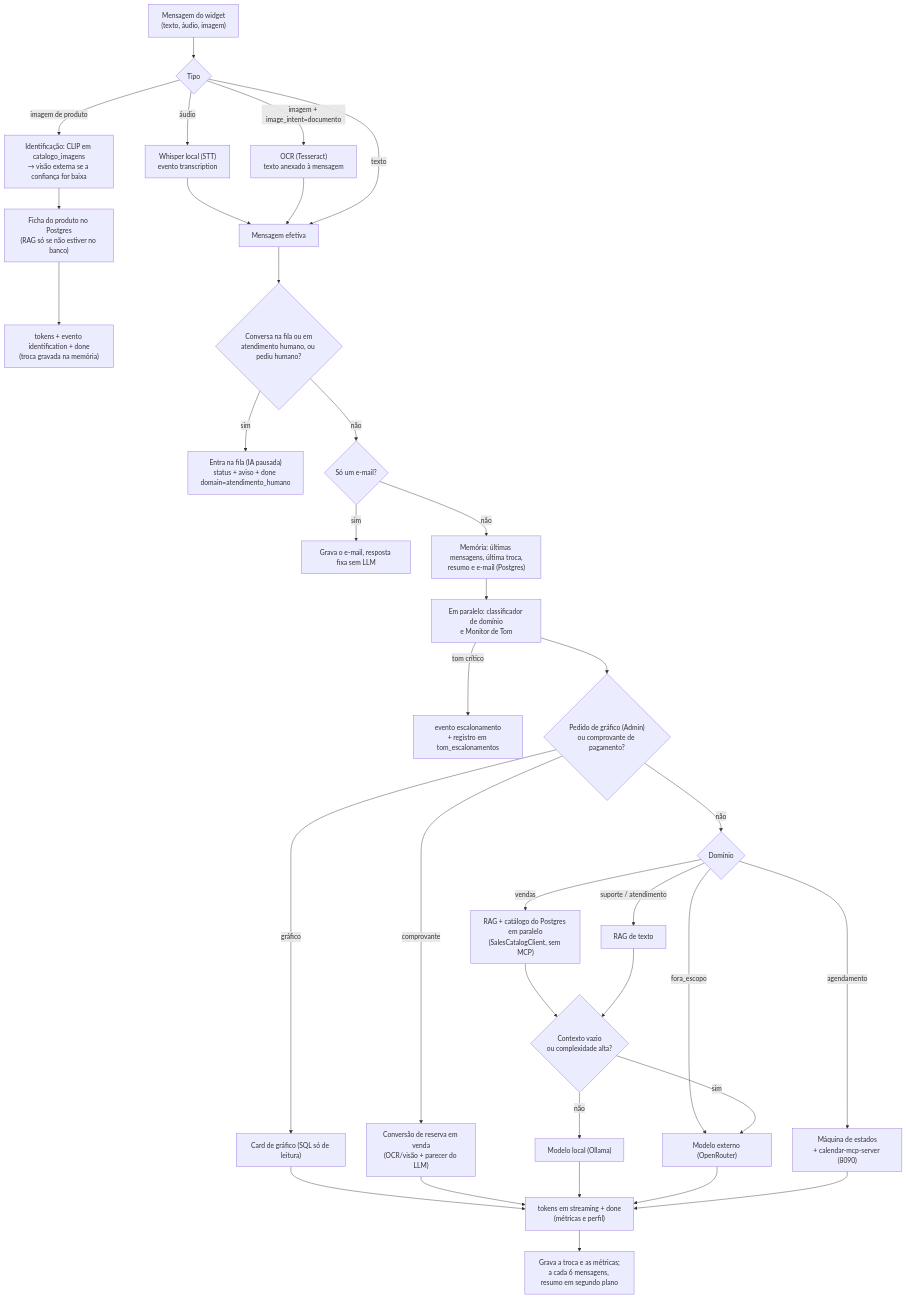
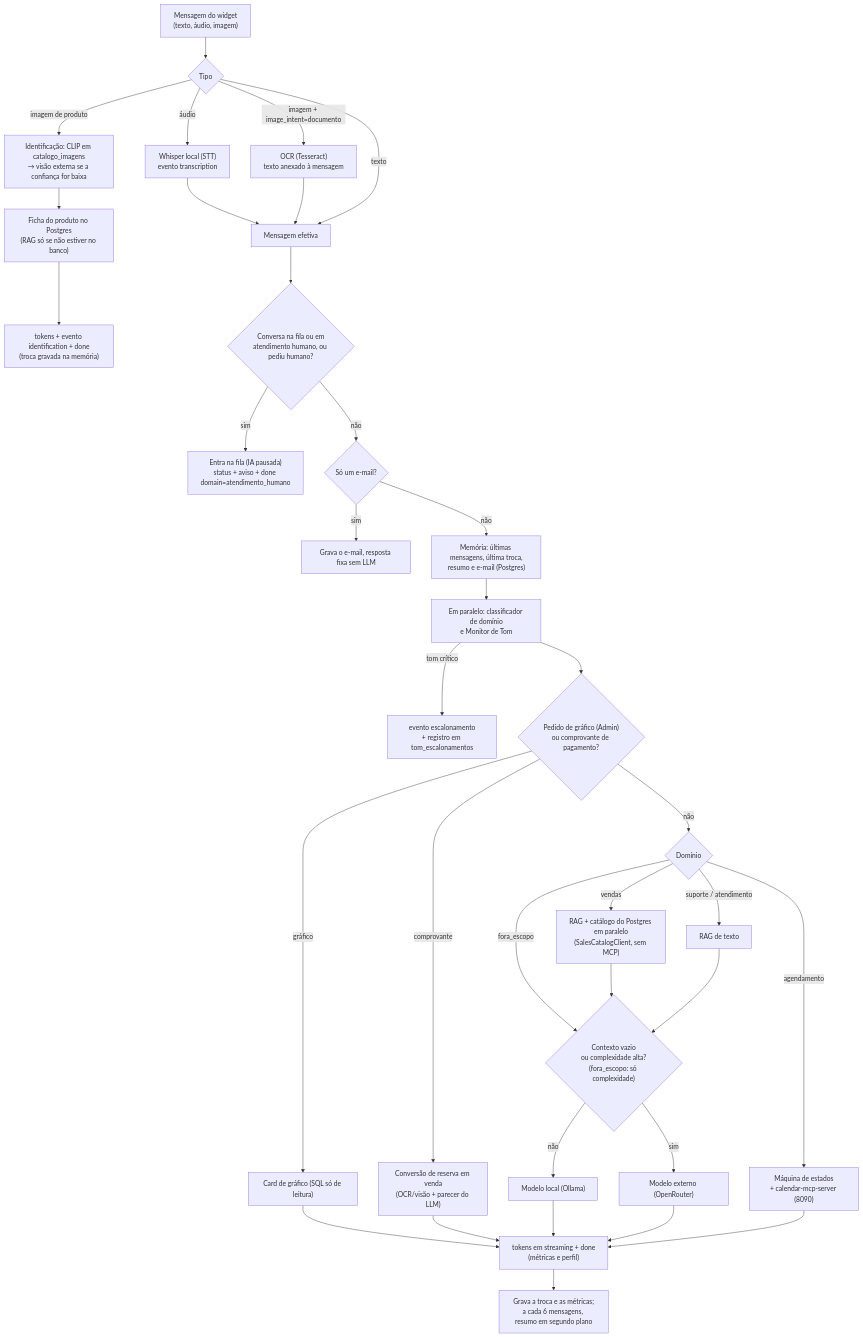
One commit to augustoglauco/TCC changed the diagram in docs/ARCHITECTURE.md. Above: the diagram before and after it, drawn with Mermaid. The commit also changed other lines of this file and 4 other files, not shown here.

First line of the commit message:
docs(roteador): alinha ARCHITECTURE, manual de prompts e comentários ao código (sem fallback local→externo, playbook de fora_escopo, regra da quantidade, contrato do Jev) (Fase 10/11)

````diff
--- a/docs/ARCHITECTURE.md
+++ b/docs/ARCHITECTURE.md
@@ -68,32 +68,32 @@
 ```mermaid
 flowchart TD
     IN["Mensagem do widget<br/>(texto, áudio, imagem)"] --> PRE{"Tipo"}
     PRE -- "áudio" --> STT["Whisper local (STT)<br/>evento transcription"] --> MSG
     PRE -- "imagem + image_intent=documento" --> OCR["OCR (Tesseract)<br/>texto anexado à mensagem"] --> MSG
     PRE -- "imagem de produto" --> ID["Identificação: CLIP em catalogo_imagens<br/>→ visão externa se a confiança for baixa"]
     ID --> FICHA["Ficha do produto no Postgres<br/>(RAG só se não estiver no banco)"] --> OUTID["tokens + evento identification + done<br/>(troca gravada na memória)"]
     PRE -- "texto" --> MSG["Mensagem efetiva"]
     MSG --> HUM{"Conversa na fila ou em<br/>atendimento humano, ou pediu humano?"}
     HUM -- "sim" --> FILA["Entra na fila (IA pausada)<br/>status + aviso + done domain=atendimento_humano"]
     HUM -- "não" --> EMAIL{"Só um e-mail?"}
     EMAIL -- "sim" --> FIXA["Grava o e-mail, resposta fixa sem LLM"]
     EMAIL -- "não" --> MEM["Memória: últimas mensagens, última troca,<br/>resumo e e-mail (Postgres)"]
     MEM --> PAR["Em paralelo: classificador de domínio<br/>e Monitor de Tom"]
     PAR -- "tom crítico" --> ESC["evento escalonamento<br/>+ registro em tom_escalonamentos"]
     PAR --> CURTOS{"Pedido de gráfico (Admin)<br/>ou comprovante de pagamento?"}
     CURTOS -- "gráfico" --> GRAF["Card de gráfico (SQL só de leitura)"] --> OUT
     CURTOS -- "comprovante" --> COMP["Conversão de reserva em venda<br/>(OCR/visão + parecer do LLM)"] --> OUT
     CURTOS -- "não" --> DOM{"Domínio"}
     DOM -- "agendamento" --> AG["Máquina de estados<br/>+ calendar-mcp-server (8090)"]
     DOM -- "vendas" --> VEN["RAG + catálogo do Postgres em paralelo<br/>(SalesCatalogClient, sem MCP)"]
     DOM -- "suporte / atendimento" --> RAG["RAG de texto"]
-    DOM -- "fora_escopo" --> EXT
-    VEN --> ROT{"Contexto vazio<br/>ou complexidade alta?"}
+    DOM -- "fora_escopo" --> ROT
+    VEN --> ROT{"Contexto vazio<br/>ou complexidade alta?<br/>(fora_escopo: só complexidade)"}
     RAG --> ROT
     ROT -- "não" --> LOC["Modelo local (Ollama)"]
     ROT -- "sim" --> EXT["Modelo externo (OpenRouter)"]
     LOC --> OUT["tokens em streaming + done<br/>(métricas e perfil)"]
     EXT --> OUT
     AG --> OUT
     OUT --> POS["Grava a troca e as métricas;<br/>a cada 6 mensagens, resumo em segundo plano"]
 ```
````
